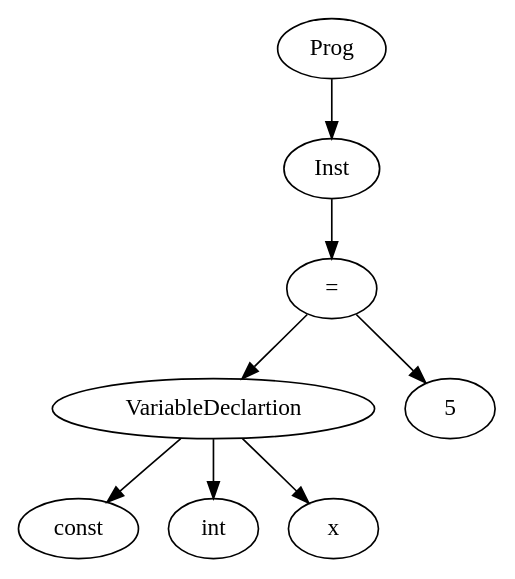
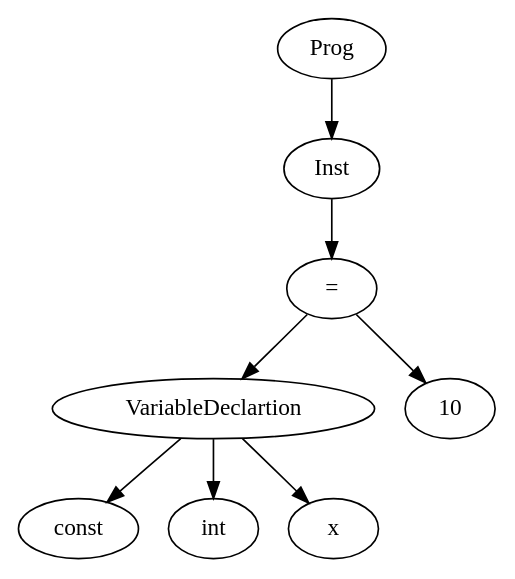
One commit to Michaelvdz/Compiler changed the diagram in ast.gv. Above: the diagram before and after it, drawn with Graphviz. The commit also changed 6 other files, not shown here.

```diff
--- a/ast.gv
+++ b/ast.gv
@@ -1,17 +1,17 @@
 digraph AST {
-	140431264030656 [label=Prog]
-	140431264029024 [label=Inst]
-	140431264029840 [label="="]
-	140431264030080 [label=VariableDeclartion]
-	140431264029552 [label=const]
-	140431264030080 -> 140431264029552
-	140431264029264 [label=int]
-	140431264030080 -> 140431264029264
-	140431264028544 [label=x]
-	140431264030080 -> 140431264028544
-	140431264029840 -> 140431264030080
-	140431264030704 [label=5]
-	140431264029840 -> 140431264030704
-	140431264029024 -> 140431264029840
-	140431264030656 -> 140431264029024
+	139658260342976 [label=Prog]
+	139658260341344 [label=Inst]
+	139658260340864 [label="="]
+	139658260340288 [label=VariableDeclartion]
+	139658260341152 [label=const]
+	139658260340288 -> 139658260341152
+	139658260340384 [label=int]
+	139658260340288 -> 139658260340384
+	139658260341104 [label=x]
+	139658260340288 -> 139658260341104
+	139658260340864 -> 139658260340288
+	139658260340576 [label=10]
+	139658260340864 -> 139658260340576
+	139658260341344 -> 139658260340864
+	139658260342976 -> 139658260341344
 }
```
